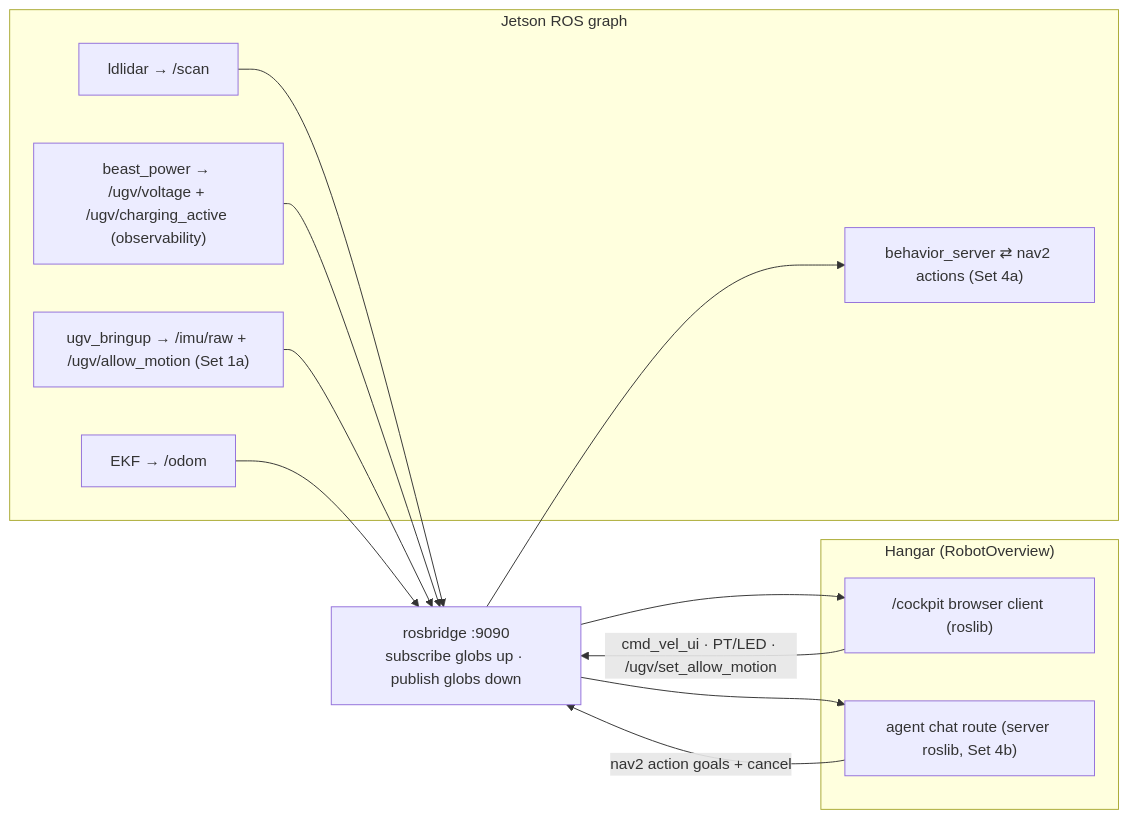
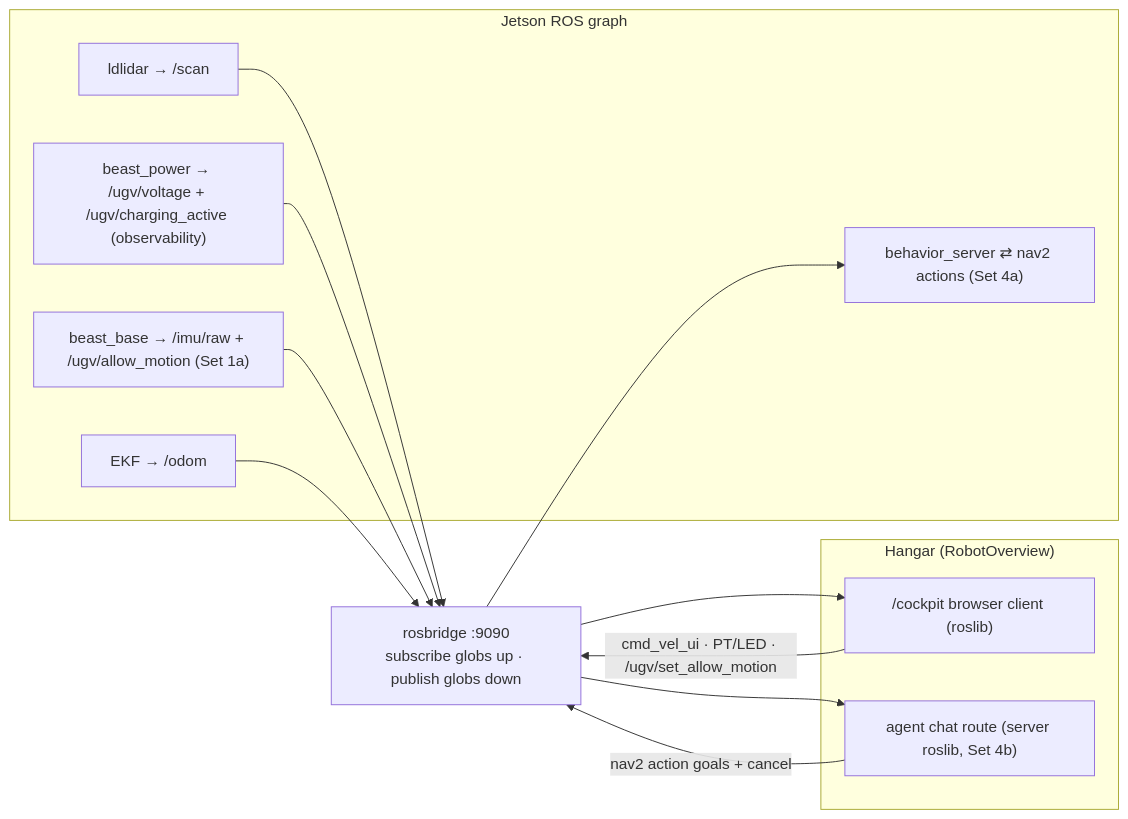
Before and after one commit to Coldaine/RobotOverview: the fourth of 4 diagrams in docs/beast-control-topology.md, drawn with Mermaid. The commit also changed other lines of this file, not shown here.

Commit message:
fix(beast): address PR #174 review follow-ups

````diff
--- a/docs/beast-control-topology.md
+++ b/docs/beast-control-topology.md
@@ -145,24 +148,24 @@
 ```mermaid
 flowchart LR
   subgraph ros ["Jetson ROS graph"]
     LD["ldlidar → /scan"]
     PWR["beast_power → /ugv/voltage + /ugv/charging_active (observability)"]
-    BRB["ugv_bringup → /imu/raw + /ugv/allow_motion (Set 1a)"]
+    BRB["beast_base → /imu/raw + /ugv/allow_motion (Set 1a)"]
     EKF["EKF → /odom"]
     BSV["behavior_server ⇄ nav2 actions (Set 4a)"]
   end
   RB["rosbridge :9090<br/>subscribe globs up · publish globs down"]
   subgraph hangar ["Hangar (RobotOverview)"]
     UI["/cockpit browser client (roslib)"]
     API["agent chat route (server roslib, Set 4b)"]
   end
   LD --> RB
   PWR --> RB
   BRB --> RB
   EKF --> RB
   RB --> UI
   RB --> API
   UI -->|"cmd_vel_ui · PT/LED · /ugv/set_allow_motion"| RB
   API -->|"nav2 action goals + cancel"| RB
   RB --> BSV
 ```
````
